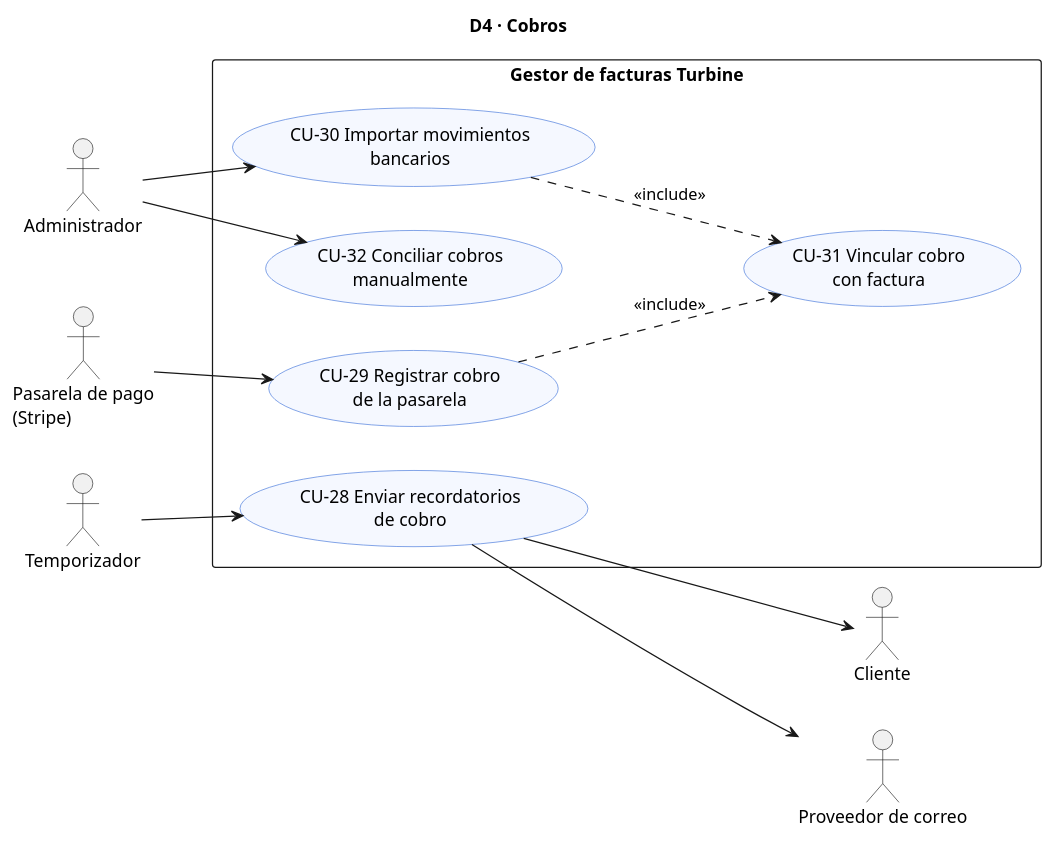
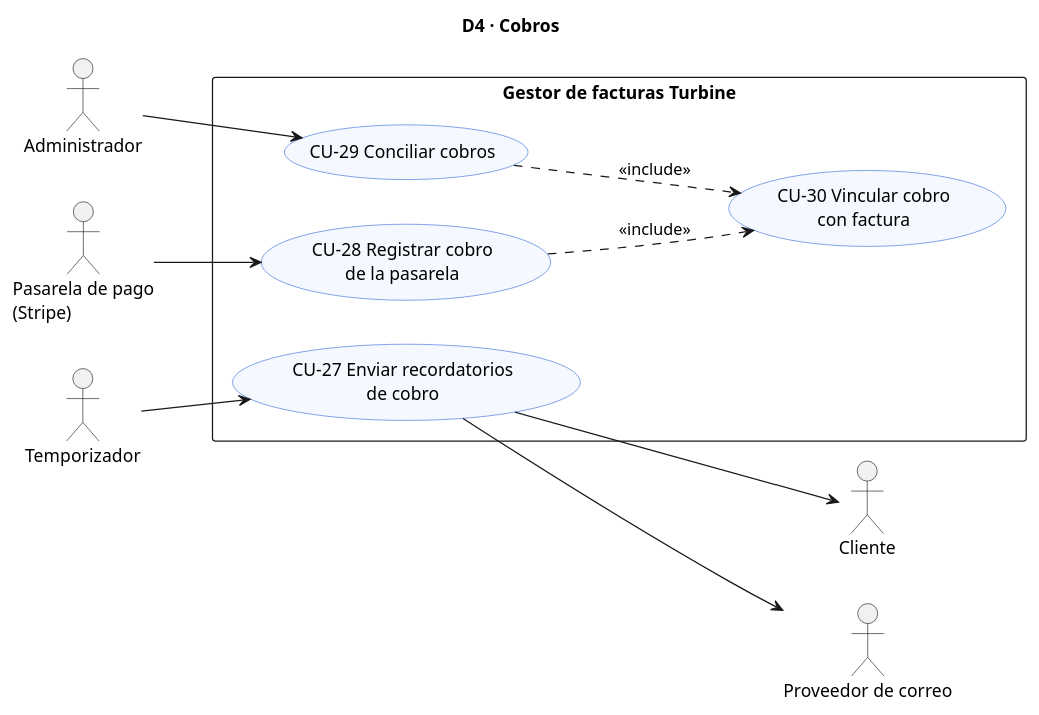
Before and after one commit to ItsYous3fBro/turbine_ADAP: the diagram in docs/Finales/PUML casos de uso/DiagramaCU_D4_Cobros.puml, drawn with PlantUML. The commit also changed 11 other files, not shown here.

```diff
--- a/docs/Finales/PUML casos de uso/DiagramaCU_D4_Cobros.puml
+++ b/docs/Finales/PUML casos de uso/DiagramaCU_D4_Cobros.puml
@@ -1,35 +1,33 @@
 @startuml DiagramaCU_D4_Cobros
 title D4 · Cobros
 left to right direction
 skinparam shadowing false
 skinparam packageStyle rectangle
 skinparam usecase {
   BackgroundColor #F5F8FF
   BorderColor #3B6FD8
 }
 skinparam note {
   BackgroundColor #FFFBE6
   BorderColor #C9B458
 }
 actor "Administrador" as AD
 actor "Temporizador" as TM
 actor "Pasarela de pago\n(Stripe)" as PP
 actor "Cliente" as CL
 actor "Proveedor de correo" as PC
 
 rectangle "Gestor de facturas Turbine" {
-  usecase "CU-28 Enviar recordatorios\nde cobro" as CU28
-  usecase "CU-29 Registrar cobro\nde la pasarela" as CU29
-  usecase "CU-30 Importar movimientos\nbancarios" as CU30
-  usecase "CU-31 Vincular cobro\ncon factura" as CU31
-  usecase "CU-32 Conciliar cobros\nmanualmente" as CU32
+  usecase "CU-27 Enviar recordatorios\nde cobro" as CU27
+  usecase "CU-28 Registrar cobro\nde la pasarela" as CU28
+  usecase "CU-29 Conciliar cobros" as CU29
+  usecase "CU-30 Vincular cobro\ncon factura" as CU30
 }
-TM --> CU28
-CU28 --> CL
-CU28 --> PC
-PP --> CU29
-AD --> CU30
-AD --> CU32
-CU29 ..> CU31 : <<include>>
-CU30 ..> CU31 : <<include>>
+TM --> CU27
+CU27 --> CL
+CU27 --> PC
+PP --> CU28
+AD --> CU29
+CU28 ..> CU30 : <<include>>
+CU29 ..> CU30 : <<include>>
 @enduml
```
